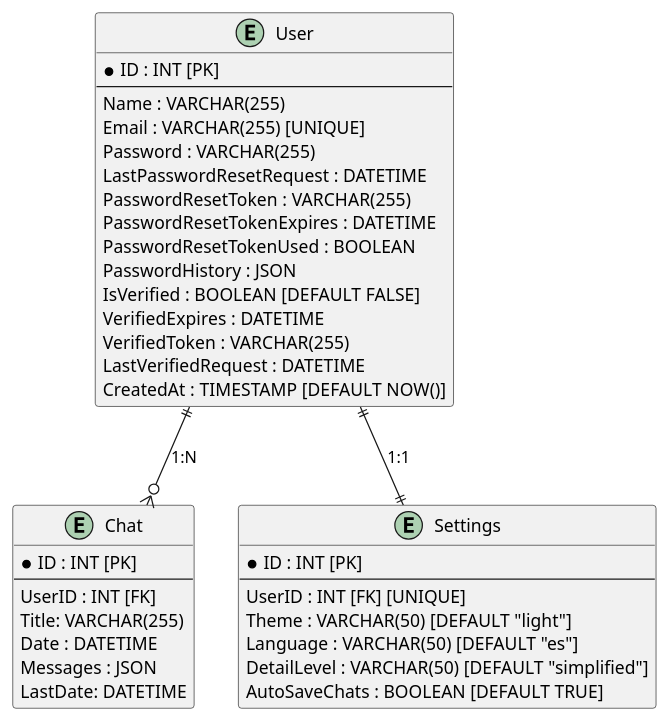
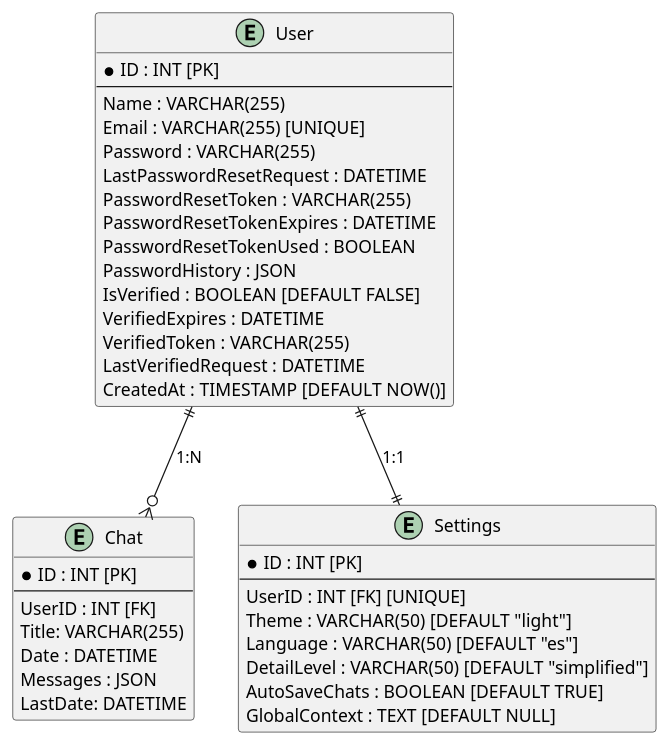
The diagram in relationship_model/relationship_diagram.puml (josepablo98/techie), drawn with PlantUML before and after one commit. The commit also changed 5 other files, not shown here.

```diff
--- a/relationship_model/relationship_diagram.puml
+++ b/relationship_model/relationship_diagram.puml
@@ -1,42 +1,43 @@
 @startuml
 entity "User" as U {
     * ID : INT [PK]
     --
     Name : VARCHAR(255)
     Email : VARCHAR(255) [UNIQUE]
     Password : VARCHAR(255)
     LastPasswordResetRequest : DATETIME
     PasswordResetToken : VARCHAR(255)
     PasswordResetTokenExpires : DATETIME
     PasswordResetTokenUsed : BOOLEAN
     PasswordHistory : JSON
     IsVerified : BOOLEAN [DEFAULT FALSE]
     VerifiedExpires : DATETIME
     VerifiedToken : VARCHAR(255)
     LastVerifiedRequest : DATETIME
     CreatedAt : TIMESTAMP [DEFAULT NOW()]
 }
 
 entity "Chat" as C {
     * ID : INT [PK]
     --
     UserID : INT [FK]
     Title: VARCHAR(255)
     Date : DATETIME
     Messages : JSON
     LastDate: DATETIME
 }
 
 entity "Settings" as S {
     * ID : INT [PK]
     --
     UserID : INT [FK] [UNIQUE]
     Theme : VARCHAR(50) [DEFAULT "light"]
     Language : VARCHAR(50) [DEFAULT "es"]
     DetailLevel : VARCHAR(50) [DEFAULT "simplified"]
     AutoSaveChats : BOOLEAN [DEFAULT TRUE]
+    GlobalContext : TEXT [DEFAULT NULL]
 }
 
 U ||--o{ C : "1:N"
 U ||--|| S : "1:1"
 @enduml
```
